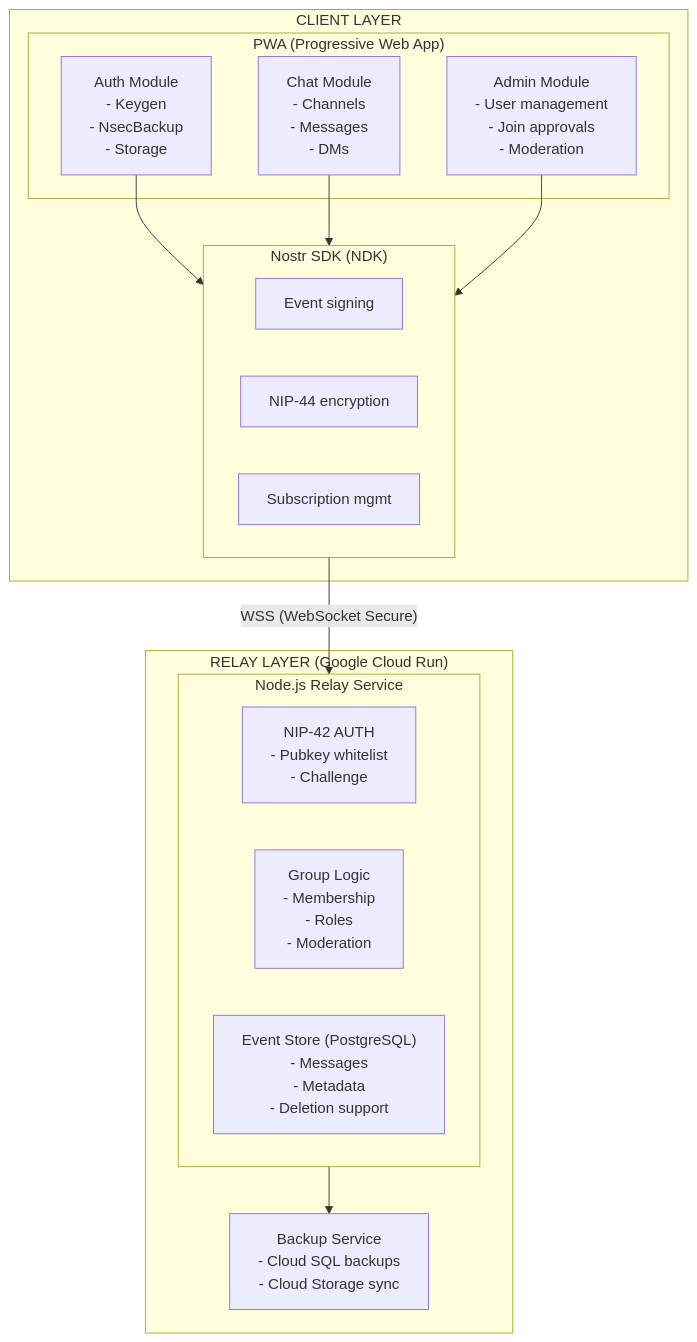
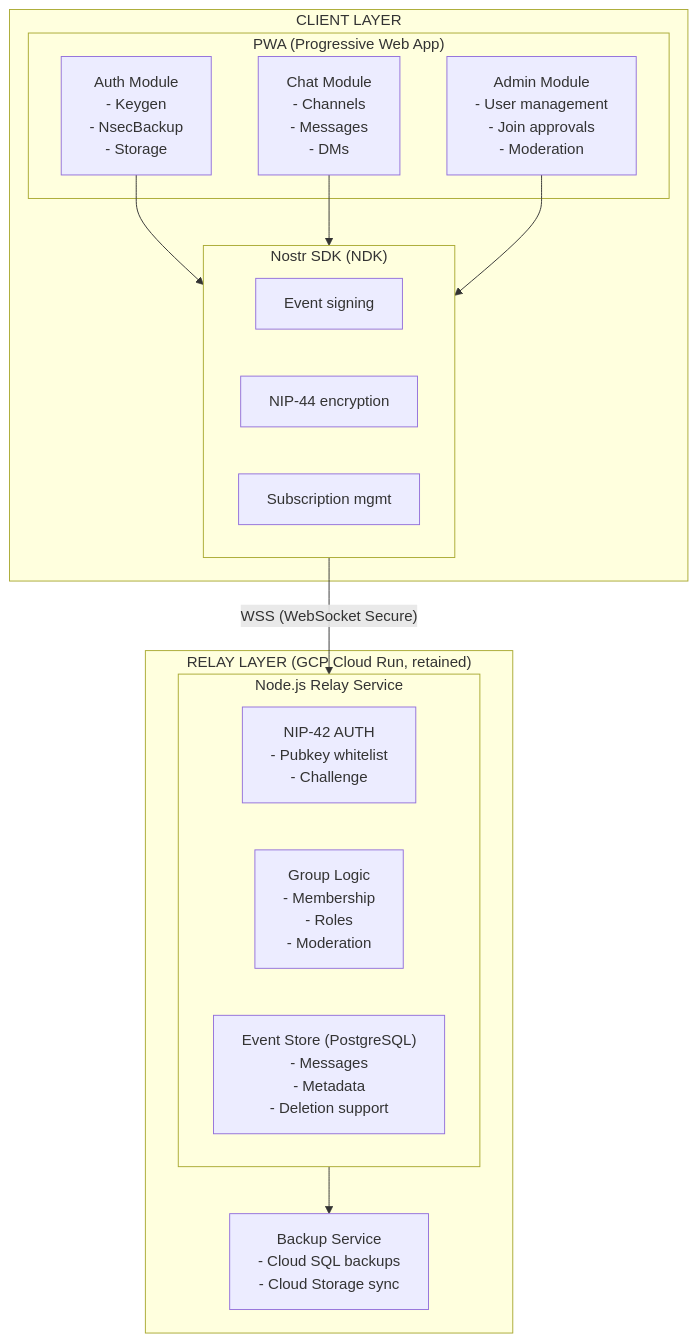
The first of 11 diagrams in docs/reference/architecture-reference.md (DreamLab-AI/dreamlab-ai-website), drawn with Mermaid before and after one commit. The commit also changed other lines of this file and 41 other files, not shown here.

````diff
--- a/docs/reference/architecture-reference.md
+++ b/docs/reference/architecture-reference.md
@@ -42,30 +42,30 @@
 ```mermaid
 graph TB
     subgraph ClientLayer["CLIENT LAYER"]
         subgraph PWA["PWA (Progressive Web App)"]
             Auth["Auth Module<br/>- Keygen<br/>- NsecBackup<br/>- Storage"]
             Chat["Chat Module<br/>- Channels<br/>- Messages<br/>- DMs"]
             Admin["Admin Module<br/>- User management<br/>- Join approvals<br/>- Moderation"]
         end
         subgraph NDK["Nostr SDK (NDK)"]
             Signing["Event signing"]
             Encryption["NIP-44 encryption"]
             Subs["Subscription mgmt"]
         end
     end
 
-    subgraph RelayLayer["RELAY LAYER (Google Cloud Run)"]
+    subgraph RelayLayer["RELAY LAYER (GCP Cloud Run, retained)"]
         subgraph Relay["Node.js Relay Service"]
             NIP42["NIP-42 AUTH<br/>- Pubkey whitelist<br/>- Challenge"]
             Groups["Group Logic<br/>- Membership<br/>- Roles<br/>- Moderation"]
             Store["Event Store (PostgreSQL)<br/>- Messages<br/>- Metadata<br/>- Deletion support"]
         end
         Backup["Backup Service<br/>- Cloud SQL backups<br/>- Cloud Storage sync"]
     end
 
     Auth --> NDK
     Chat --> NDK
     Admin --> NDK
     NDK -->|"WSS (WebSocket Secure)"| Relay
     Relay --> Backup
 ```
````
